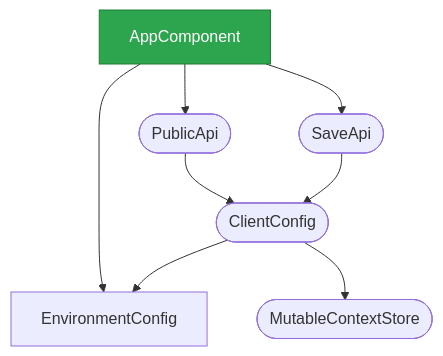
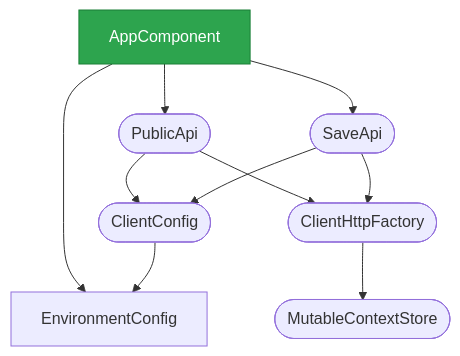
Before and after one commit to deanhiller/webpieces-ts: the diagram in apps/app-example/angular-site/design.md, drawn with Mermaid. The commit also changed 37 other files, not shown here.

First line of the commit message:
Clients as classes: ClientHttpFactory + ClientCloudTasksFactory (#328)

````diff
--- a/apps/app-example/angular-site/design.md
+++ b/apps/app-example/angular-site/design.md
@@ -13,21 +13,24 @@
 ```mermaid
 graph TD
     AppComponent["AppComponent"]:::component
     ClientConfig(["ClientConfig"])
+    ClientHttpFactory(["ClientHttpFactory"])
     EnvironmentConfig["EnvironmentConfig"]
     MutableContextStore(["MutableContextStore"])
     PublicApi(["PublicApi"])
     SaveApi(["SaveApi"])
     AppComponent --> EnvironmentConfig
     AppComponent --> PublicApi
     AppComponent --> SaveApi
     ClientConfig --> EnvironmentConfig
-    ClientConfig --> MutableContextStore
+    ClientHttpFactory --> MutableContextStore
     PublicApi --> ClientConfig
+    PublicApi --> ClientHttpFactory
     SaveApi --> ClientConfig
+    SaveApi --> ClientHttpFactory
     classDef controller fill:#1f6feb,color:#ffffff,stroke:#0d419d
     classDef apiImpl fill:#0d9488,color:#ffffff,stroke:#0f766e
     classDef component fill:#2da44e,color:#ffffff,stroke:#1a7f37
     classDef unresolved fill:#f0ad4e,color:#000000,stroke:#b8860b,stroke-dasharray: 5 5
     classDef external fill:#b39ddb,color:#000000,stroke:#5e35b1,stroke-width:3px
 ```
````
